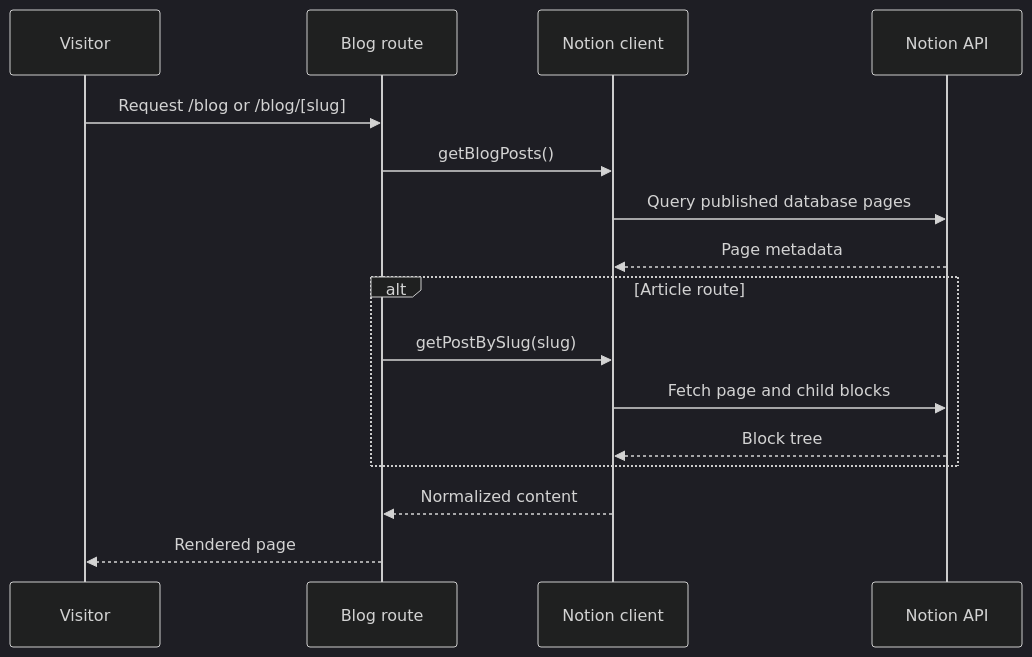
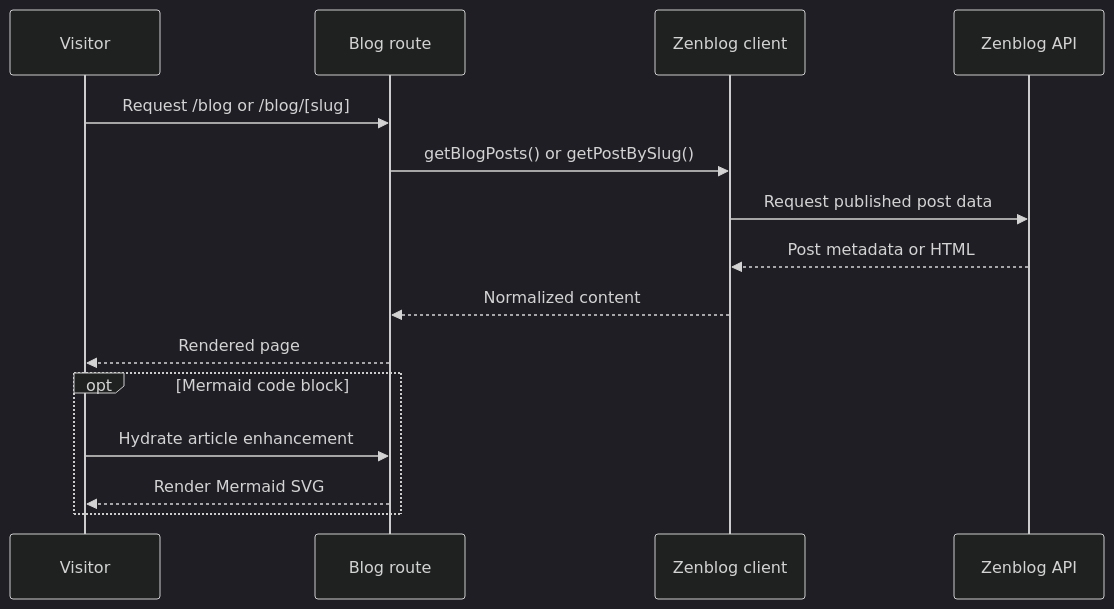
Before and after one commit to JaviCeRodriguez/javier-portfolio: the third of 3 diagrams in docs/architecture/diagrams.md, drawn with Mermaid (dark theme). The commit also changed other lines of this file and 28 other files, not shown here.

Commit message:
feat(002-zenblog-mermaid-poc): migrate blog to Zenblog

````diff
--- a/docs/architecture/diagrams.md
+++ b/docs/architecture/diagrams.md
@@ -29,18 +30,17 @@
 ```mermaid
 sequenceDiagram
   participant Visitor
   participant Route as Blog route
-  participant Client as Notion client
-  participant API as Notion API
+  participant Client as Zenblog client
+  participant API as Zenblog API
   Visitor->>Route: Request /blog or /blog/[slug]
-  Route->>Client: getBlogPosts()
-  Client->>API: Query published database pages
-  API-->>Client: Page metadata
-  alt Article route
-    Route->>Client: getPostBySlug(slug)
-    Client->>API: Fetch page and child blocks
-    API-->>Client: Block tree
-  end
+  Route->>Client: getBlogPosts() or getPostBySlug()
+  Client->>API: Request published post data
+  API-->>Client: Post metadata or HTML
   Client-->>Route: Normalized content
   Route-->>Visitor: Rendered page
+  opt Mermaid code block
+    Visitor->>Route: Hydrate article enhancement
+    Route-->>Visitor: Render Mermaid SVG
+  end
 ```
````
